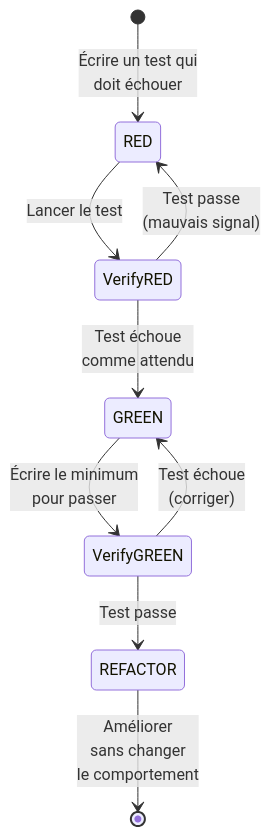
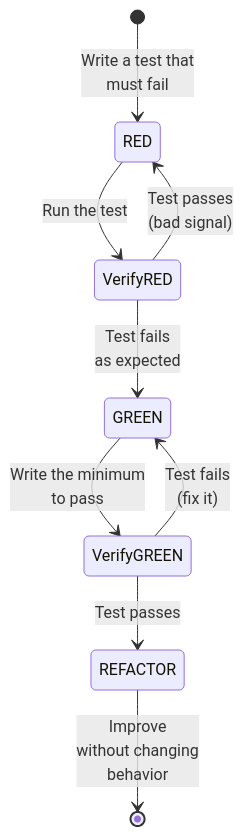
The third of 9 diagrams in docs/medium.md (b-fontaine/forge), drawn with Mermaid before and after one commit. The commit also changed other lines of this file and 8 other files, not shown here.

````diff
--- a/docs/medium.md
+++ b/docs/medium.md
@@ -120,11 +120,11 @@
 ```mermaid
 stateDiagram-v2
-    [*] --> RED : Écrire un test qui<br/>doit échouer
-    RED --> VerifyRED : Lancer le test
-    VerifyRED --> GREEN : Test échoue<br/>comme attendu
-    VerifyRED --> RED : Test passe<br/>(mauvais signal)
-    GREEN --> VerifyGREEN : Écrire le minimum<br/>pour passer
-    VerifyGREEN --> REFACTOR : Test passe
-    VerifyGREEN --> GREEN : Test échoue<br/>(corriger)
-    REFACTOR --> [*] : Améliorer<br/>sans changer<br/>le comportement
+    [*] --> RED : Write a test that<br/>must fail
+    RED --> VerifyRED : Run the test
+    VerifyRED --> GREEN : Test fails<br/>as expected
+    VerifyRED --> RED : Test passes<br/>(bad signal)
+    GREEN --> VerifyGREEN : Write the minimum<br/>to pass
+    VerifyGREEN --> REFACTOR : Test passes
+    VerifyGREEN --> GREEN : Test fails<br/>(fix it)
+    REFACTOR --> [*] : Improve<br/>without changing<br/>behavior
 ```
````
